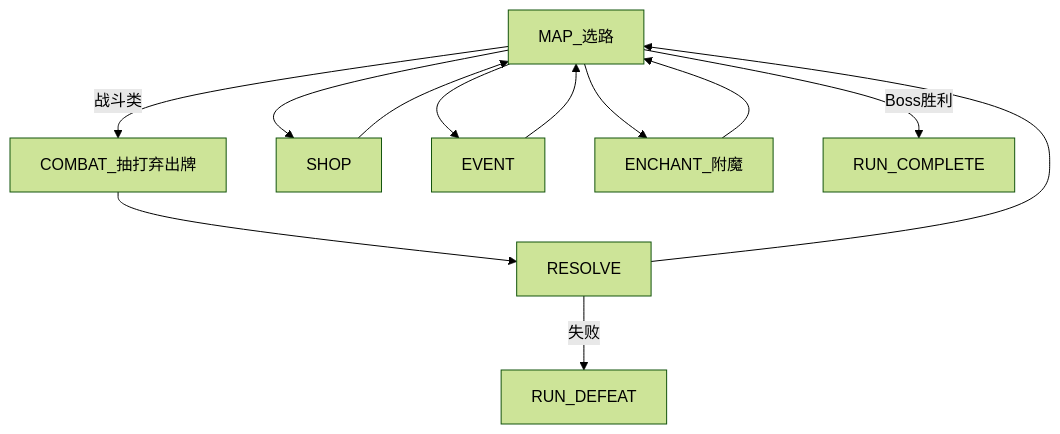
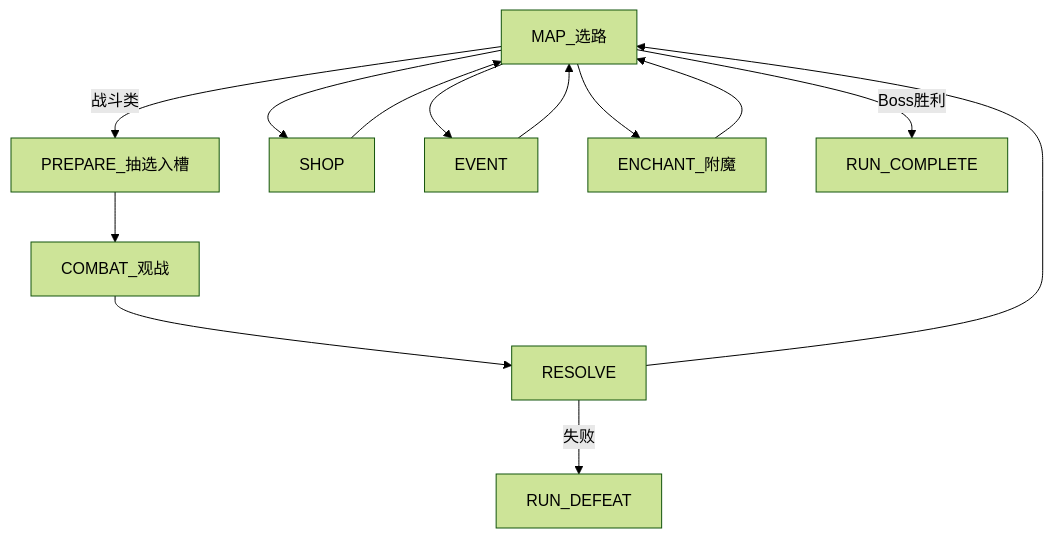
The first of 2 diagrams in Documents/GAME_VISION.md (Kanerickyz/Godot-Project---Clash-royale-like-Game), drawn with Mermaid (forest theme) before and after one commit. The commit also changed other lines of this file and 15 other files, not shown here.

````diff
--- a/Documents/GAME_VISION.md
+++ b/Documents/GAME_VISION.md
@@ -104,9 +99,9 @@
 ```mermaid
 flowchart TD
-    Map[MAP_选路] -->|战斗类| Combat[COMBAT_抽打弃出牌] --> Resolve[RESOLVE] --> Map
+    Map[MAP_选路] -->|战斗类| Prep[PREPARE_抽选入槽] --> Combat[COMBAT_观战] --> Resolve[RESOLVE] --> Map
     Map --> ShopNode[SHOP] --> Map
     Map --> Event[EVENT] --> Map
     Map --> Enchant[ENCHANT_附魔] --> Map
     Resolve -->|失败| RunDefeat[RUN_DEFEAT]
     Map -->|Boss胜利| RunComplete[RUN_COMPLETE]
 ```
````
